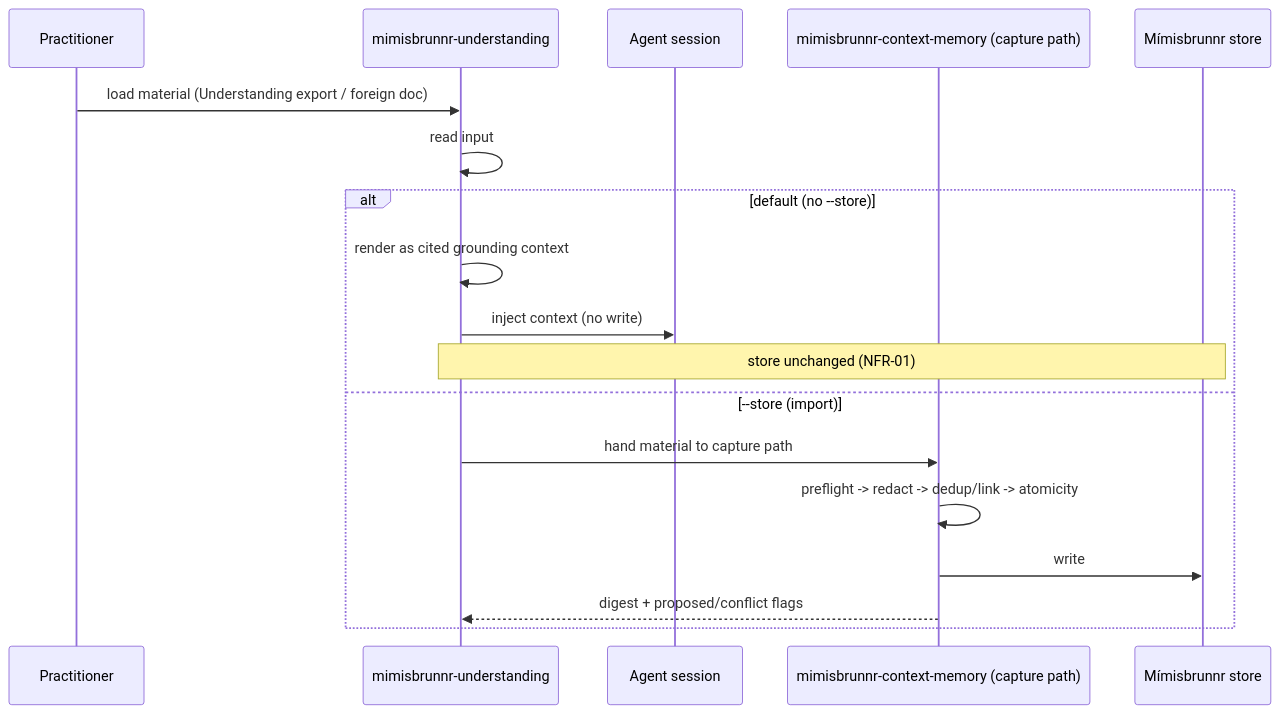
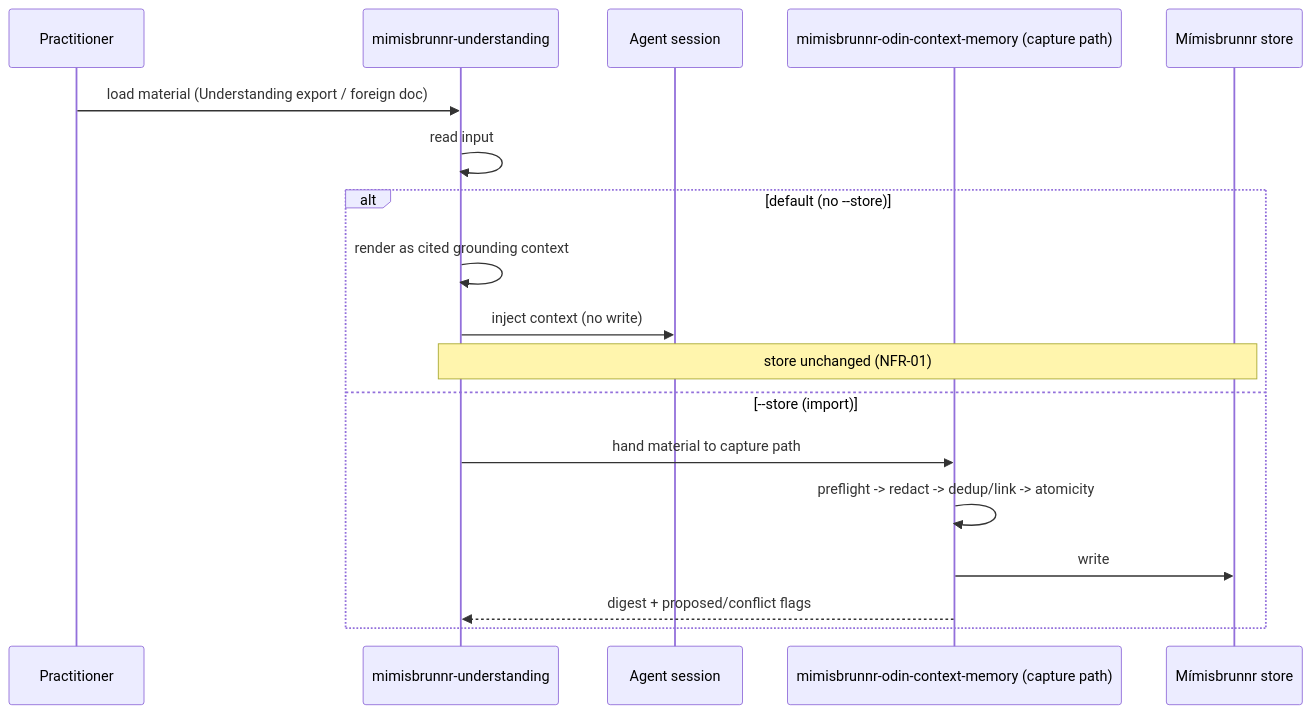
Before and after one commit to generic-automation-and-it/smooth-ai-product-context-memory: the diagram in docs/hlds/007-understanding-transfer/diagrams/flow-load-and-import.md, drawn with Mermaid. The commit also changed 119 other files, not shown here.

````diff
--- a/docs/hlds/007-understanding-transfer/diagrams/flow-load-and-import.md
+++ b/docs/hlds/007-understanding-transfer/diagrams/flow-load-and-import.md
@@ -3,21 +3,21 @@
 ```mermaid
 sequenceDiagram
     participant Practitioner
     participant LoadSkill as mimisbrunnr-understanding
     participant Agent as Agent session
-    participant Capture as mimisbrunnr-context-memory (capture path)
+    participant Capture as mimisbrunnr-odin-context-memory (capture path)
     participant Store as Mímisbrunnr store
 
     Practitioner->>LoadSkill: load material (Understanding export / foreign doc)
     LoadSkill->>LoadSkill: read input
     alt default (no --store)
         LoadSkill->>LoadSkill: render as cited grounding context
         LoadSkill->>Agent: inject context (no write)
         Note over LoadSkill,Store: store unchanged (NFR-01)
     else --store (import)
         LoadSkill->>Capture: hand material to capture path
         Capture->>Capture: preflight -> redact -> dedup/link -> atomicity
         Capture->>Store: write
         Capture-->>LoadSkill: digest + proposed/conflict flags
     end
 ```
````
